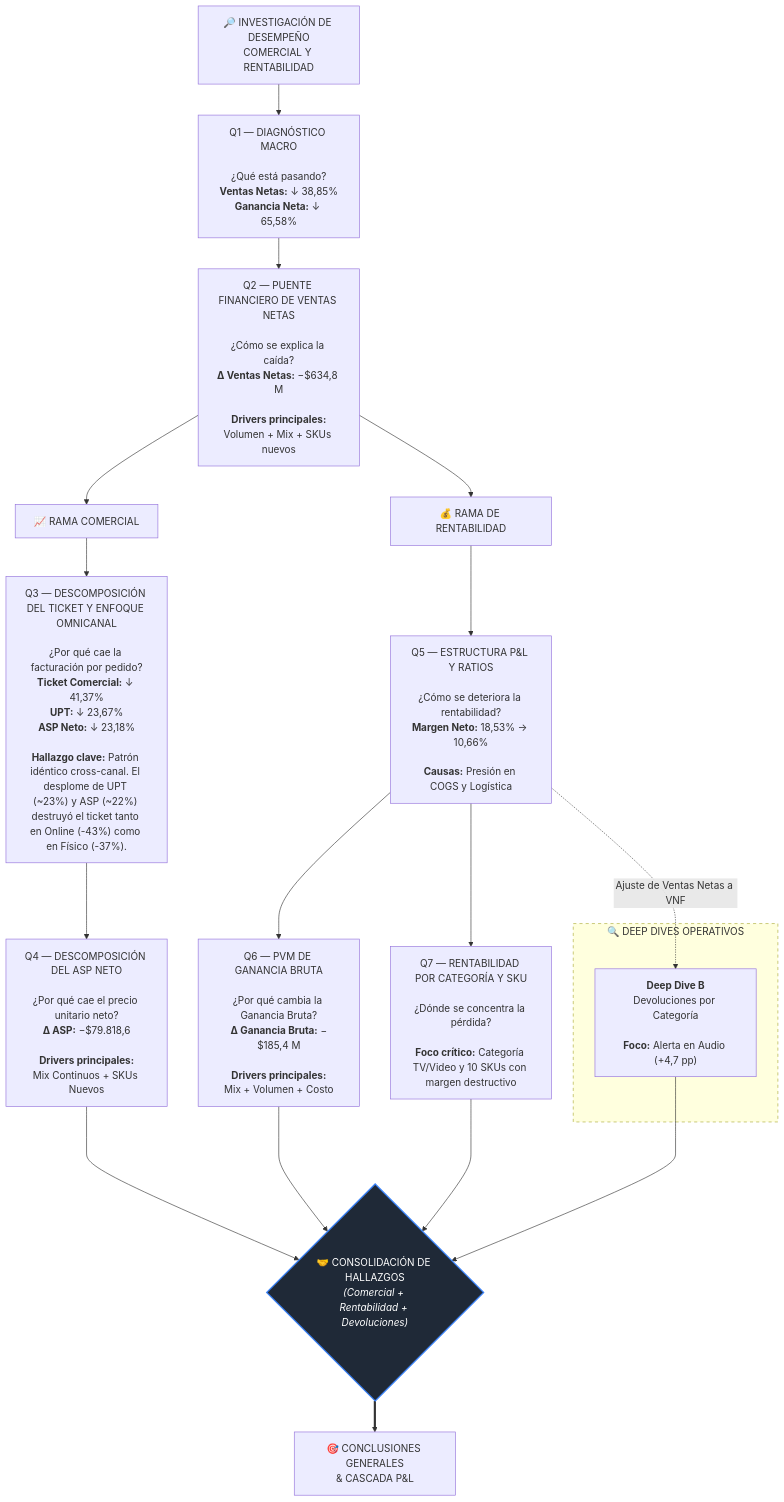
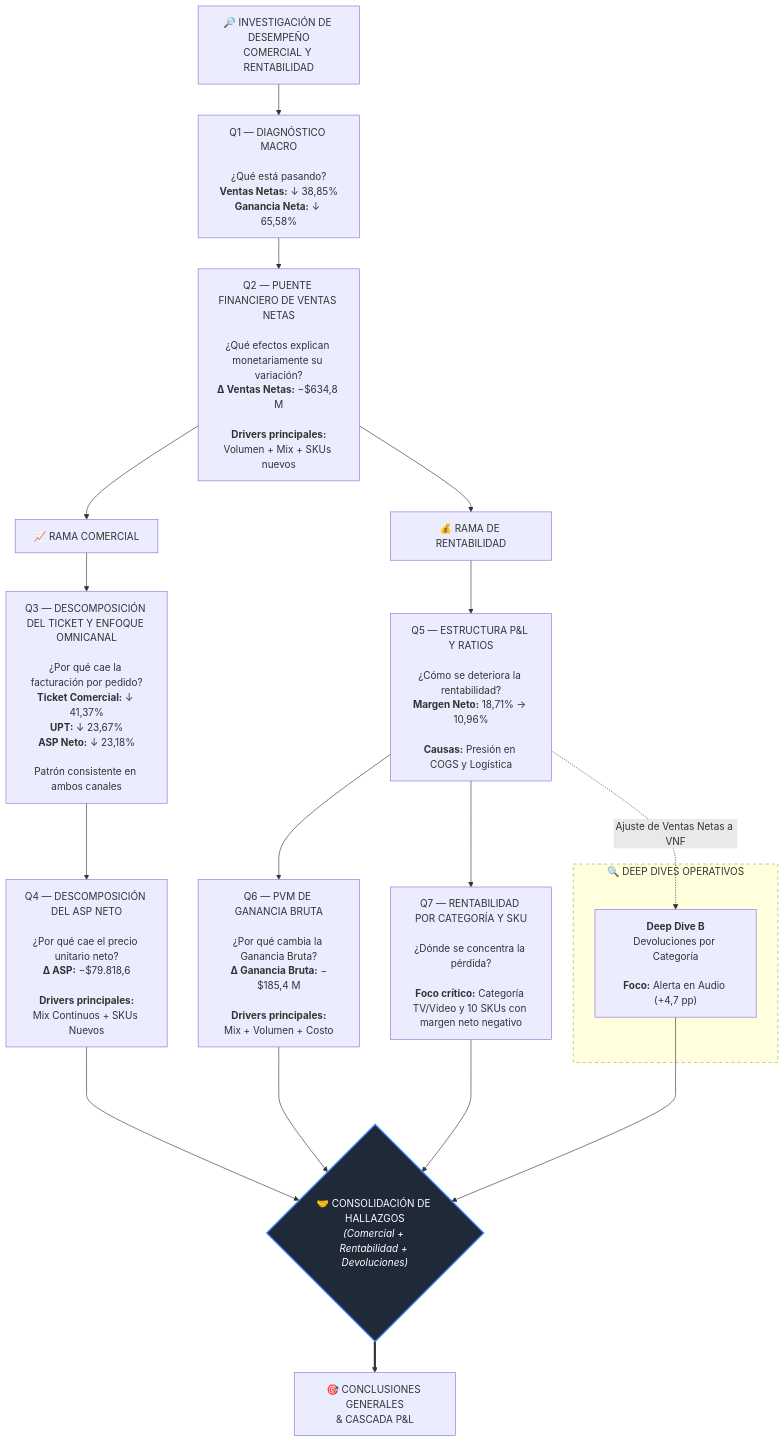
Before and after one commit to manticafacundoelian/dbt_elt_analytics: the diagram in sql_business_analysis/README.md, drawn with Mermaid. The commit also changed other lines of this file, not shown here.

````diff
--- a/sql_business_analysis/README.md
+++ b/sql_business_analysis/README.md
@@ -25,46 +25,46 @@
 ```mermaid
 flowchart TD
 
     A["🔎 INVESTIGACIÓN DE DESEMPEÑO<br/>COMERCIAL Y RENTABILIDAD"]
 
     A --> B["Q1 — DIAGNÓSTICO MACRO<br/><br/>¿Qué está pasando?<br/><b>Ventas Netas:</b> ↓ 38,85%<br/><b>Ganancia Neta:</b> ↓ 65,58%"]
 
-    B --> C["Q2 — PUENTE FINANCIERO DE VENTAS NETAS<br/><br/>¿Cómo se explica la caída?<br/><b>Δ Ventas Netas:</b> −$634,8 M<br/><br/><b>Drivers principales:</b><br/>Volumen + Mix + SKUs nuevos"]
+    B --> C["Q2 — PUENTE FINANCIERO DE VENTAS NETAS<br/><br/>¿Qué efectos explican monetariamente su variación?<br/><b>Δ Ventas Netas:</b> −$634,8 M<br/><br/><b>Drivers principales:</b><br/>Volumen + Mix + SKUs nuevos"]
 
     %% Apertura con cuadritos conectores
     C --> D["📈 RAMA COMERCIAL"]
     C --> E["💰 RAMA DE RENTABILIDAD"]
 
     %% Desarrollo de la Rama Comercial Unificada
-    D --> D1["Q3 — DESCOMPOSICIÓN DEL TICKET Y ENFOQUE OMNICANAL<br/><br/>¿Por qué cae la facturación por pedido?<br/><b>Ticket Comercial:</b> ↓ 41,37%<br/><b>UPT:</b> ↓ 23,67%<br/><b>ASP Neto:</b> ↓ 23,18%<br/><br/><b>Hallazgo clave:</b> Patrón idéntico cross-canal. El desplome de UPT (~23%) y ASP (~22%) destruyó el ticket tanto en Online (-43%) como en Físico (-37%)."]
+    D --> D1["Q3 — DESCOMPOSICIÓN DEL TICKET Y ENFOQUE OMNICANAL<br/><br/>¿Por qué cae la facturación por pedido?<br/><b>Ticket Comercial:</b> ↓ 41,37%<br/><b>UPT:</b> ↓ 23,67%<br/><b>ASP Neto:</b> ↓ 23,18%<br/><br/>Patrón consistente en ambos canales"]
 
     D1 --> D2["Q4 — DESCOMPOSICIÓN DEL ASP NETO<br/><br/>¿Por qué cae el precio unitario neto?<br/><b>Δ ASP:</b> −$79.818,6<br/><br/><b>Drivers principales:</b><br/>Mix Continuos + SKUs Nuevos"]
 
     %% Desarrollo de la Rama de Rentabilidad
-    E --> E1["Q5 — ESTRUCTURA P&L Y RATIOS<br/><br/>¿Cómo se deteriora la rentabilidad?<br/><b>Margen Neto:</b> 18,53% → 10,66%<br/><br/><b>Causas:</b> Presión en COGS y Logística"]
+    E --> E1["Q5 — ESTRUCTURA P&L Y RATIOS<br/><br/>¿Cómo se deteriora la rentabilidad?<br/><b>Margen Neto:</b> 18,71% → 10,96%<br/><br/><b>Causas:</b> Presión en COGS y Logística"]
     
     E1 --> E2["Q6 — PVM DE GANANCIA BRUTA<br/><br/>¿Por qué cambia la Ganancia Bruta?<br/><b>Δ Ganancia Bruta:</b> −$185,4 M<br/><br/><b>Drivers principales:</b><br/>Mix + Volumen + Costo"]
     
-    E1 --> E3["Q7 — RENTABILIDAD POR CATEGORÍA Y SKU<br/><br/>¿Dónde se concentra la pérdida?<br/><br/><b>Foco crítico:</b> Categoría TV/Video y 10 SKUs con margen destructivo"]
+    E1 --> E3["Q7 — RENTABILIDAD POR CATEGORÍA Y SKU<br/><br/>¿Dónde se concentra la pérdida?<br/><br/><b>Foco crítico:</b> Categoría TV/Video y 10 SKUs con margen neto negativo"]
 
     %% El puente analítico de Devoluciones hacia Q5 (Único Deep Dive flotante)
     E1 -.->|Ajuste de Ventas Netas a VNF| H
 
     subgraph DEEP_DIVES ["🔍 DEEP DIVES OPERATIVOS"]
         H["<b>Deep Dive B</b><br/>Devoluciones por Categoría<br/><br/><b>Foco:</b> Alerta en Audio (+4,7 pp)"]
     end
 
     %% ==========================================
     %% EFECTO LLAVE ACOSTADA UNIFICADORA
     %% ==========================================
     D2 ---> LLAVE{" 🤝 CONSOLIDACIÓN DE HALLAZGOS<br/><i>(Comercial + Rentabilidad + Devoluciones)</i> "}
     E2 ---> LLAVE
     E3 ---> LLAVE
     H  ---> LLAVE
 
     %% Destino final
     LLAVE ==> F["🎯 CONCLUSIONES GENERALES<br/>& CASCADA P&L"]
 
     style LLAVE fill:#1f2937,stroke:#3b82f6,stroke-width:2px,color:#fff
     style DEEP_DIVES stroke-dasharray: 5 5
 ```
````
